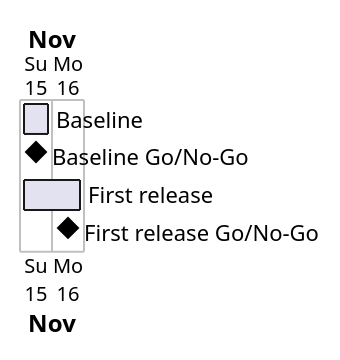
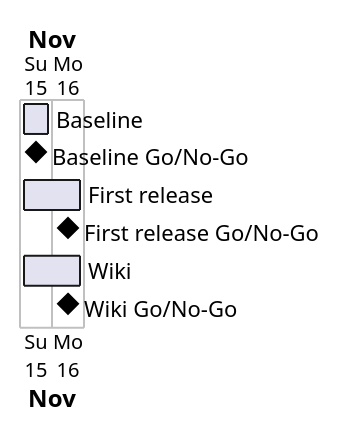
The diagram in docs/project-plan.md (Tirsvad-Udemy-100-days-of-code/004-rock-paper-scissors-game), drawn with PlantUML before and after one commit. The commit also changed other lines of this file and 13 other files, not shown here.

````diff
--- a/docs/project-plan.md
+++ b/docs/project-plan.md
@@ -45,9 +50,11 @@
 ```plantuml
 @startgantt
 Project starts 2026-11-15
 [Baseline] starts 2026-11-15 and ends 2026-11-15
 [Baseline Go/No-Go] happens 2026-11-15
 [First release] starts 2026-11-15 and ends 2026-11-16
 [First release Go/No-Go] happens 2026-11-16
+[Wiki] starts 2026-11-15 and ends 2026-11-16
+[Wiki Go/No-Go] happens 2026-11-16
 @endgantt
 ```
````
